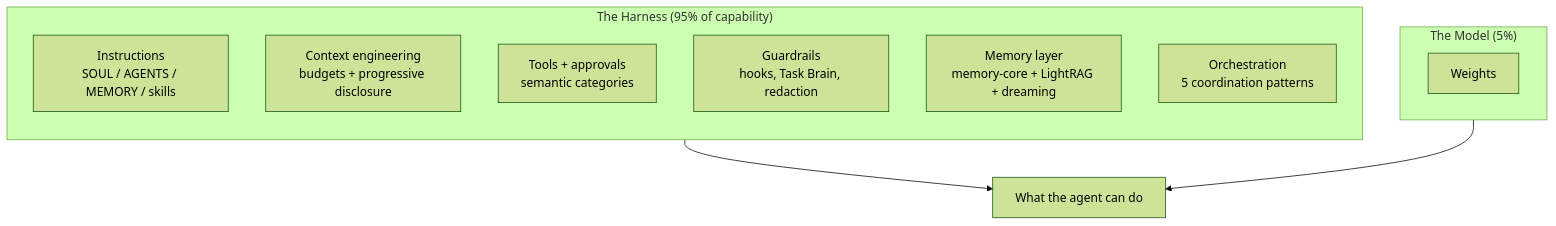
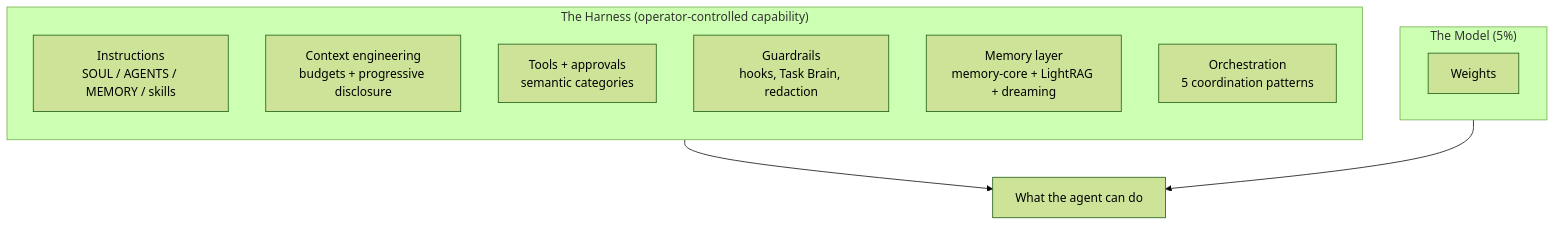
Before and after one commit to OnlyTerp/openclaw-optimization-guide: the first of 3 diagrams in part25-architecture-overview.md, drawn with Mermaid (forest theme). The commit also changed other lines of this file and 29 other files, not shown here.

````diff
--- a/part25-architecture-overview.md
+++ b/part25-architecture-overview.md
@@ -14,17 +14,17 @@
 ```mermaid
 flowchart TB
-    subgraph Harness["The Harness (95% of capability)"]
+    subgraph Harness["The Harness (operator-controlled capability)"]
         direction TB
         I[Instructions<br/>SOUL / AGENTS / MEMORY / skills]
         C[Context engineering<br/>budgets + progressive disclosure]
         T[Tools + approvals<br/>semantic categories]
         G[Guardrails<br/>hooks, Task Brain, redaction]
         M[Memory layer<br/>memory-core + LightRAG + dreaming]
         O[Orchestration<br/>5 coordination patterns]
     end
     subgraph Model["The Model (5%)"]
         W[Weights]
     end
     Harness --> Results[What the agent can do]
     Model --> Results
 ```
````
